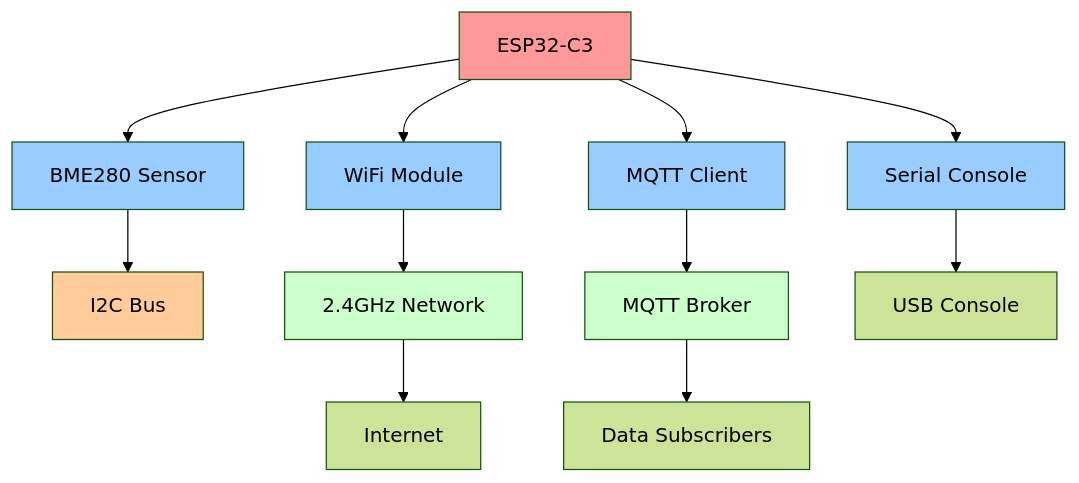
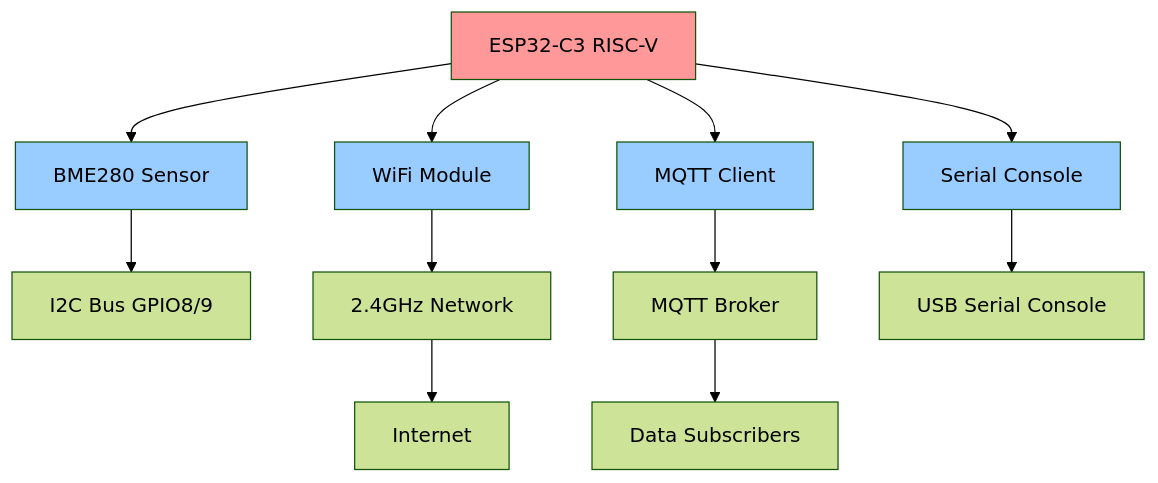
The diagram in workspace/README.md (mvcorrea-ufc/TI0162-IOT), drawn with Mermaid (forest theme) before and after one commit. The commit also changed other lines of this file and 176 other files, not shown here.

````diff
--- a/workspace/README.md
+++ b/workspace/README.md
@@ -16,24 +14,21 @@
 ```mermaid
 graph TB
-    A[ESP32-C3] --> B[BME280 Sensor]
+    A[ESP32-C3 RISC-V] --> B[BME280 Sensor]
     A --> C[WiFi Module]
     A --> D[Serial Console]
     A --> E[MQTT Client]
     
-    B --> F[I2C Bus]
+    B --> F[I2C Bus GPIO8/9]
     C --> G[2.4GHz Network]
     E --> H[MQTT Broker]
-    D --> I[USB Console]
+    D --> I[USB Serial Console]
     
     G --> J[Internet]
     H --> K[Data Subscribers]
     
     style A fill:#ff9999
     style B fill:#99ccff
     style C fill:#99ccff
     style D fill:#99ccff
     style E fill:#99ccff
-    style F fill:#ffcc99
-    style G fill:#ccffcc
-    style H fill:#ccffcc
 ```
````
